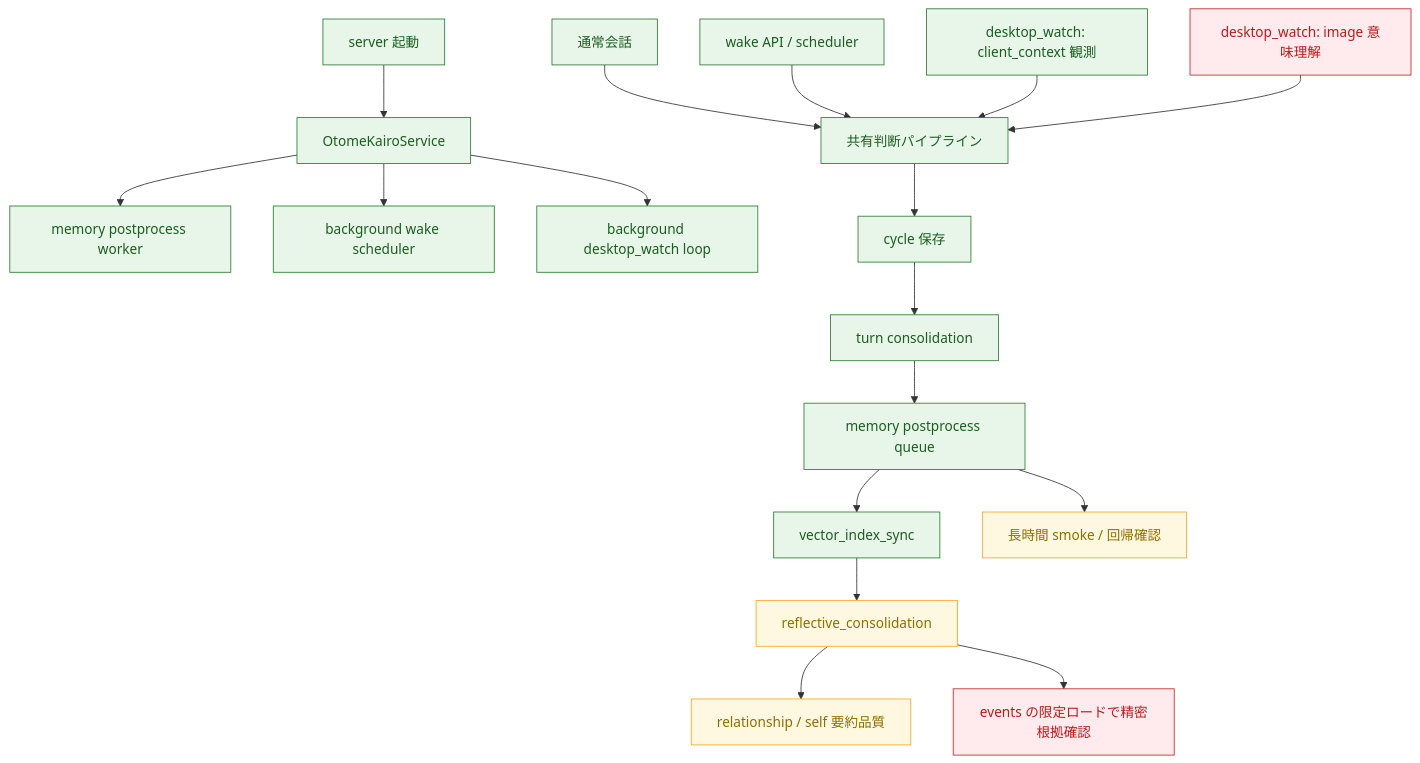
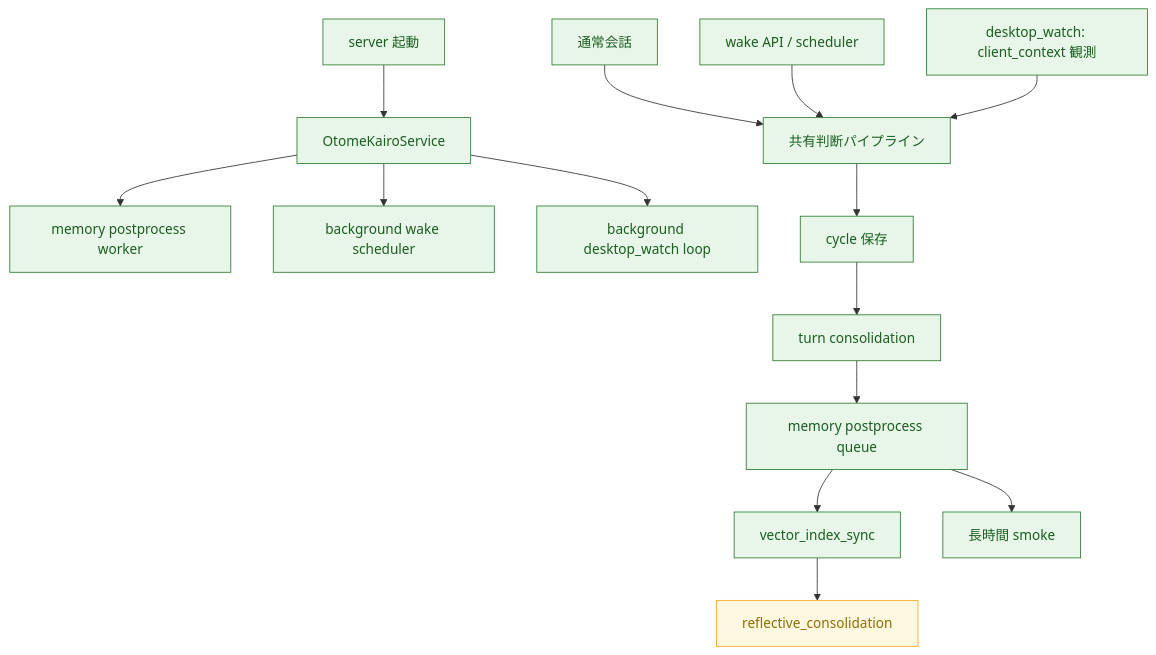
Before and after one commit to hirona98/OtomeKairo: the third of 4 diagrams in docs/plan/02_現行処理フロー.md, drawn with Mermaid. The commit also changed other lines of this file and 2 other files, not shown here.

````diff
--- a/docs/plan/02_現行処理フロー.md
+++ b/docs/plan/02_現行処理フロー.md
@@ -157,31 +158,25 @@
 ```mermaid
 flowchart TD
     Start["server 起動"] --> Service["OtomeKairoService"]
     Service --> Worker["memory postprocess worker"]
     Service --> WakeLoop["background wake scheduler"]
     Service --> WatchLoop["background desktop_watch loop"]
 
     User["通常会話"] --> Shared["共有判断パイプライン"]
     Wake["wake API / scheduler"] --> Shared
     WatchCtx["desktop_watch: client_context 観測"] --> Shared
-    WatchImg["desktop_watch: image 意味理解"] --> Shared
-
     Shared --> Persist["cycle 保存"]
     Persist --> Turn["turn consolidation"]
     Turn --> Queue["memory postprocess queue"]
     Queue --> Vec["vector_index_sync"]
     Vec --> Reflect["reflective_consolidation"]
-    Reflect --> Quality["relationship / self 要約品質"]
-    Reflect --> Evidence["events の限定ロードで精密根拠確認"]
-    Queue --> Smoke["長時間 smoke / 回帰確認"]
+    Queue --> Smoke["長時間 smoke"]
 
     classDef done fill:#e8f5e9,stroke:#2e7d32,color:#1b5e20;
     classDef partial fill:#fff8e1,stroke:#f9a825,color:#8d6e00;
     classDef todo fill:#ffebee,stroke:#c62828,color:#b71c1c;
 
     class Start,Service,Worker,WakeLoop,WatchLoop,User,Wake,WatchCtx,Shared,Persist,Turn,Queue,Vec done;
     class Reflect partial;
-    class Quality partial;
-    class WatchImg,Evidence todo;
-    class Smoke partial;
+    class Smoke done;
 ```
````
